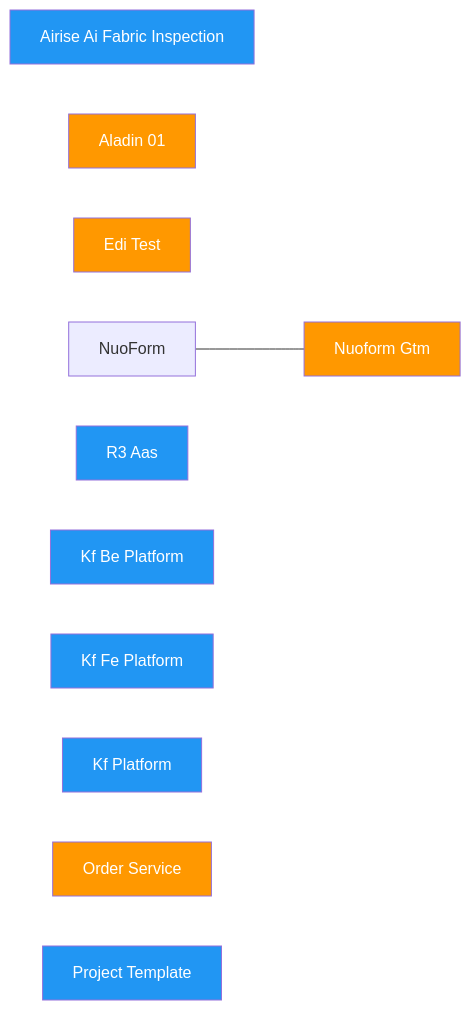
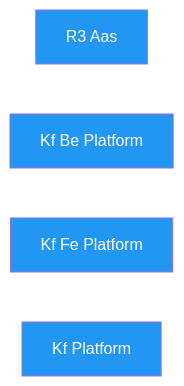
Before and after one commit to Katty-Fashion/kf-cpto: the diagram in dependency-graph.md, drawn with Mermaid. The commit also changed other lines of this file and 20 other files, not shown here.

````diff
--- a/dependency-graph.md
+++ b/dependency-graph.md
@@ -10,17 +10,11 @@
 ```mermaid
 graph LR
-    AIRise-ai-fabric-inspection[Airise Ai Fabric Inspection]:::eu
-    Aladin-01[Aladin 01]:::internal
-    Edi-test[Edi Test]:::internal
-    NuoForm---GTM[Nuoform   Gtm]:::internal
     R3-AAS[R3 Aas]:::eu
     kf-be-platform[Kf Be Platform]:::eu
     kf-fe-platform[Kf Fe Platform]:::eu
     kf-platform[Kf Platform]:::eu
-    order-service[Order Service]:::internal
-    project-template[Project Template]:::eu
 
     classDef saas fill:#4CAF50,color:#fff
     classDef eu fill:#2196F3,color:#fff
     classDef internal fill:#FF9800,color:#fff
 ```
````
